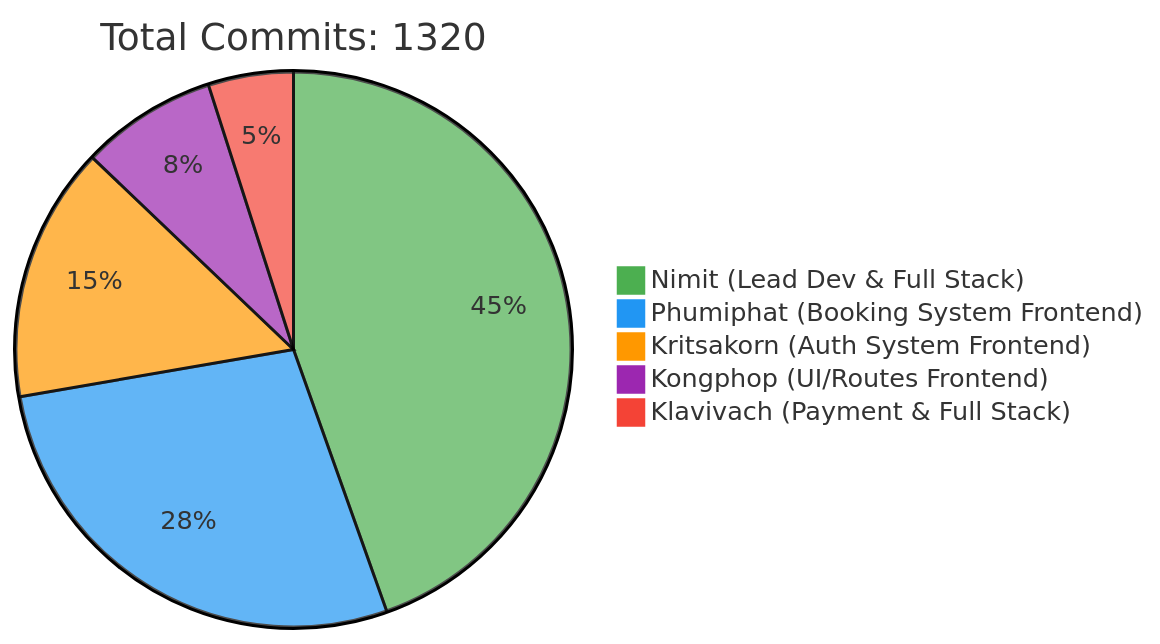
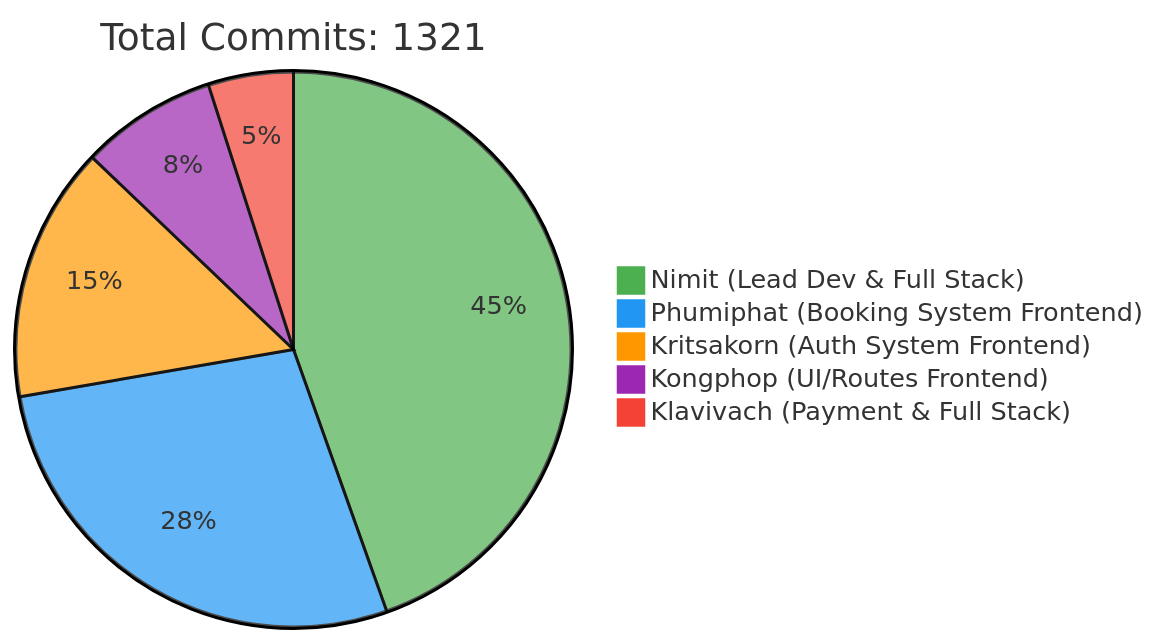
The first of 2 diagrams in README.md (6531503042/Sport-Complex), drawn with Mermaid before and after one commit. The commit also changed other lines of this file, not shown here.

Commit message:
docs: Update contributor statistics [skip ci]

````diff
--- a/README.md
+++ b/README.md
@@ -257,10 +257,10 @@
 ```mermaid
 %%{init: {'theme': 'base', 'themeVariables': { 'pie1': '#4CAF50', 'pie2': '#2196F3', 'pie3': '#FF9800', 'pie4': '#9C27B0', 'pie5': '#F44336'}}}%%
 pie
-    title Total Commits: 1320
+    title Total Commits: 1321
     "Nimit (Lead Dev & Full Stack)" : 450
     "Phumiphat (Booking System Frontend)" : 280
     "Kritsakorn (Auth System Frontend)" : 150
     "Kongphop (UI/Routes Frontend)" : 80
     "Klavivach (Payment & Full Stack)" : 50
 ```
````
